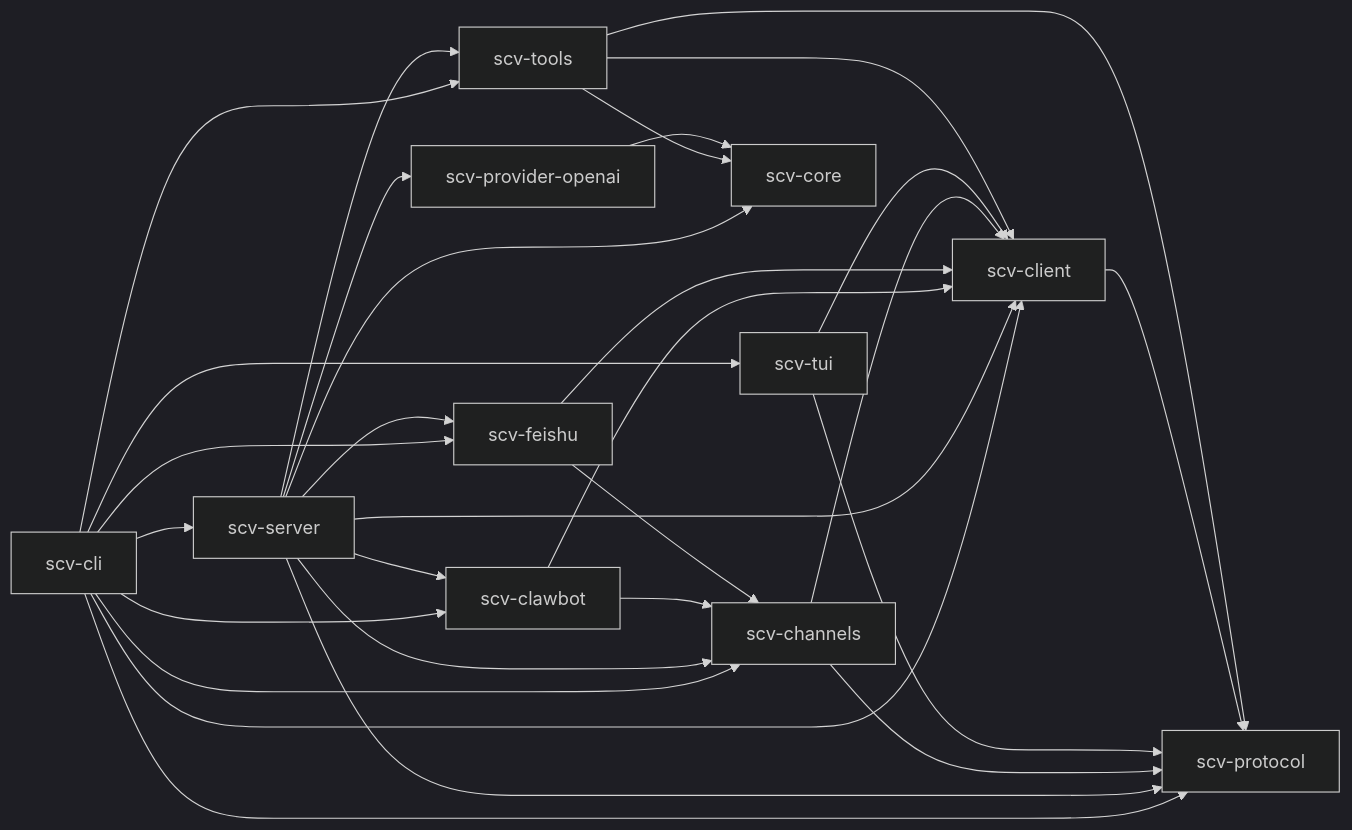
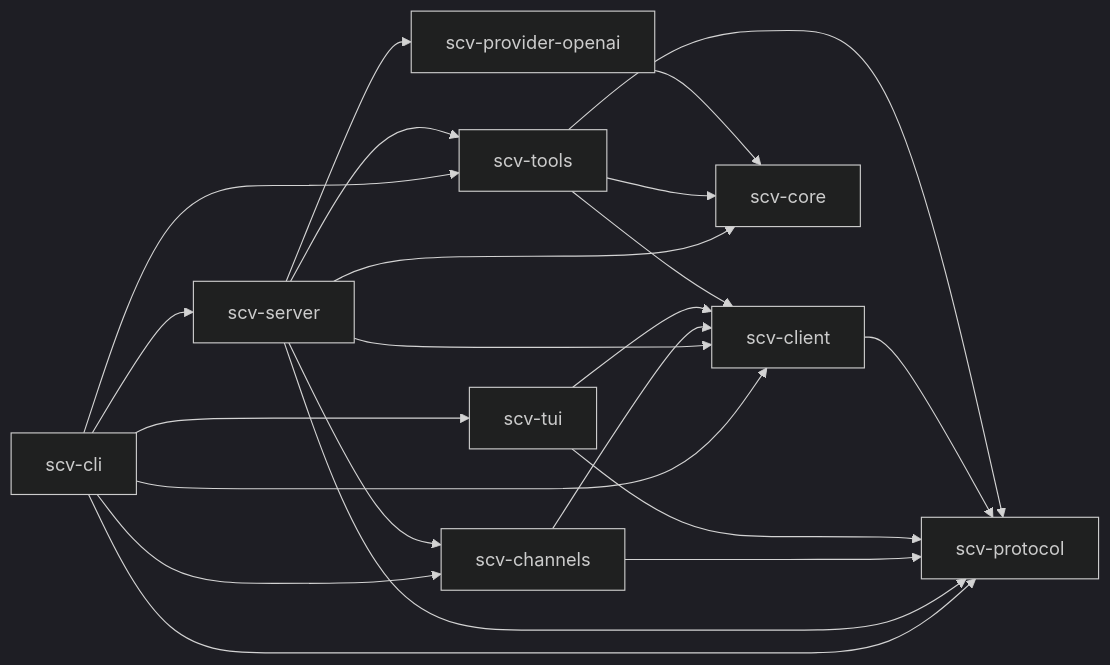
The diagram in docs/architecture.md (PeiyuanQi/scv), drawn with Mermaid (dark theme) before and after one commit. The commit also changed other lines of this file and 75 other files, not shown here.

First line of the commit message:
refactor: fold the WeChat and Feishu crates into scv-channels (#43)

````diff
--- a/docs/architecture.md
+++ b/docs/architecture.md
@@ -15,32 +15,24 @@
 ```mermaid
 flowchart LR
     cli["scv-cli"] --> server["scv-server"]
     cli --> tui["scv-tui"]
-    cli --> clawbot["scv-clawbot"]
-    cli --> feishu["scv-feishu"]
     cli --> channels["scv-channels"]
     cli --> tools["scv-tools"]
     cli --> client["scv-client"]
     cli --> protocol["scv-protocol"]
-    server --> clawbot
-    server --> feishu
     server --> channels
     server --> client
     server --> protocol
     server --> core["scv-core"]
     server --> tools
     server --> provider["scv-provider-openai"]
-    clawbot --> channels
-    clawbot --> client
-    feishu --> channels
-    feishu --> client
     channels --> client
     channels --> protocol
     tui --> client
     tui --> protocol
     client --> protocol
     tools --> core
     tools --> client
     tools --> protocol
     provider --> core
 ```
````
